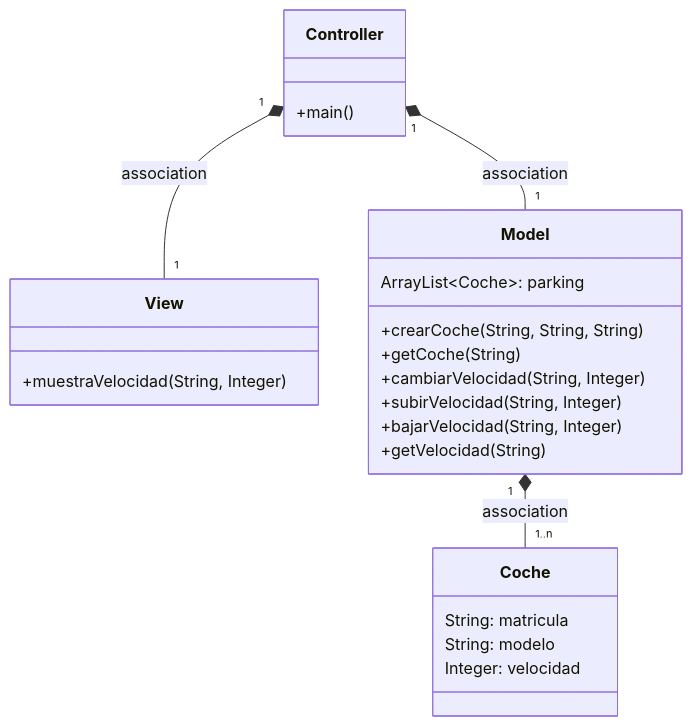
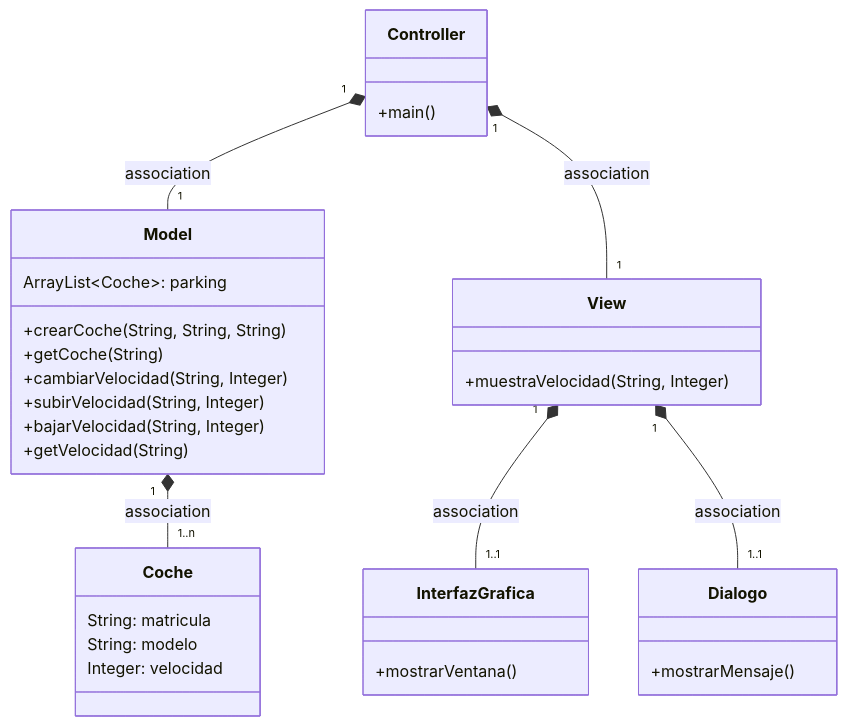
Before and after one commit to damiancastelao/MVC_coches_solucion: the first of 3 diagrams in Readme.md, drawn with Mermaid. The commit also changed other lines of this file, not shown here.

Commit message:
Modificación de diagramas para adaptarlo al MVC

````diff
--- a/Readme.md
+++ b/Readme.md
@@ -8,25 +8,33 @@
 ```mermaid
 classDiagram
     class Coche {
         String: matricula
         String: modelo
         Integer: velocidad
     }
       class Controller{
           +main()
       }
       class View {+muestraVelocidad(String, Integer)}
       class Model {
           ArrayList~Coche~: parking
           +crearCoche(String, String, String)
           +getCoche(String)
           +cambiarVelocidad(String, Integer)
           +subirVelocidad(String, Integer)
           +bajarVelocidad(String, Integer)
           +getVelocidad(String)
       }
+      class InterfazGrafica {
+          +mostrarVentana()
+      }
+      class Dialogo {
+          +mostrarMensaje()
+      }
     Controller "1" *-- "1" Model : association
     Controller "1" *-- "1" View : association
     Model "1" *-- "1..n" Coche : association
+    View "1" *-- "1..1" InterfazGrafica : association
+    View "1" *-- "1..1" Dialogo : association
       
 ```
````
